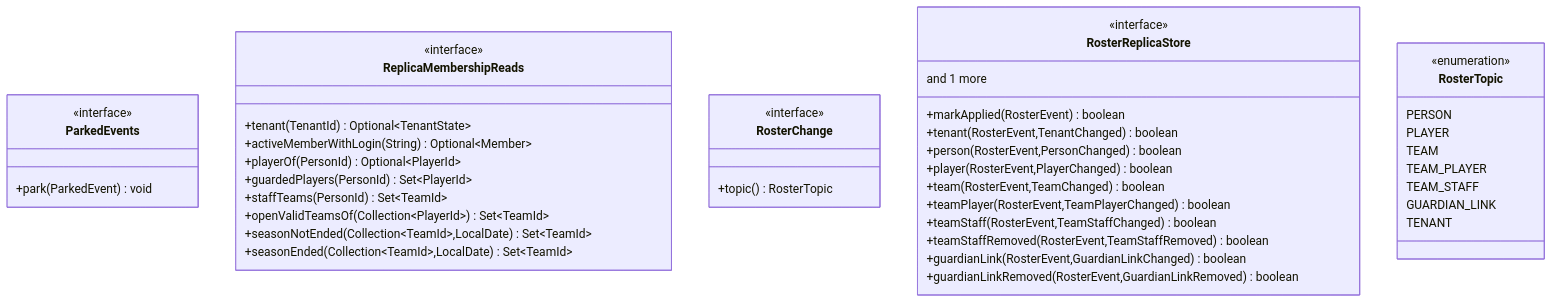
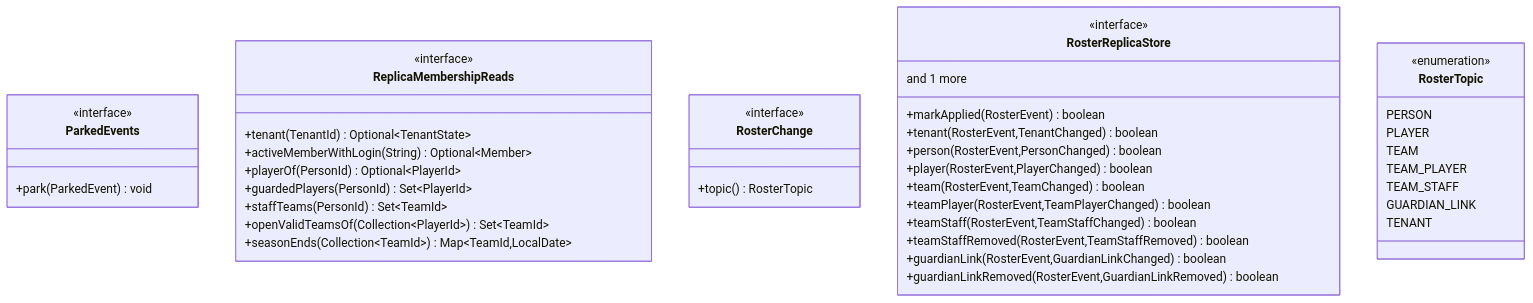
Diagram 13 of 13 in docs/domain/athlete-model.md (davidbejar/hoops-academy), drawn with Mermaid before and after one commit. The commit also changed other lines of this file, not shown here.

Commit message:
docs(athlete): regenerate the model diagrams (just diagrams)

````diff
--- a/docs/domain/athlete-model.md
+++ b/docs/domain/athlete-model.md
@@ -962,46 +961,45 @@
 ```mermaid
 classDiagram
     class ParkedEvents {
         <<interface>>
         +park(ParkedEvent) void
     }
     class ReplicaMembershipReads {
         <<interface>>
         +tenant(TenantId) Optional~TenantState~
         +activeMemberWithLogin(String) Optional~Member~
         +playerOf(PersonId) Optional~PlayerId~
         +guardedPlayers(PersonId) Set~PlayerId~
         +staffTeams(PersonId) Set~TeamId~
         +openValidTeamsOf(Collection~PlayerId~) Set~TeamId~
-        +seasonNotEnded(Collection~TeamId~,LocalDate) Set~TeamId~
-        +seasonEnded(Collection~TeamId~,LocalDate) Set~TeamId~
+        +seasonEnds(Collection~TeamId~) Map~TeamId,LocalDate~
     }
     class RosterChange {
         <<interface>>
         +topic() RosterTopic
     }
     class RosterReplicaStore {
         <<interface>>
         +markApplied(RosterEvent) boolean
         +tenant(RosterEvent,TenantChanged) boolean
         +person(RosterEvent,PersonChanged) boolean
         +player(RosterEvent,PlayerChanged) boolean
         +team(RosterEvent,TeamChanged) boolean
         +teamPlayer(RosterEvent,TeamPlayerChanged) boolean
         +teamStaff(RosterEvent,TeamStaffChanged) boolean
         +teamStaffRemoved(RosterEvent,TeamStaffRemoved) boolean
         +guardianLink(RosterEvent,GuardianLinkChanged) boolean
         +guardianLinkRemoved(RosterEvent,GuardianLinkRemoved) boolean
         and 1 more
     }
     class RosterTopic {
         <<enumeration>>
         PERSON
         PLAYER
         TEAM
         TEAM_PLAYER
         TEAM_STAFF
         GUARDIAN_LINK
         TENANT
     }
 ```
````
